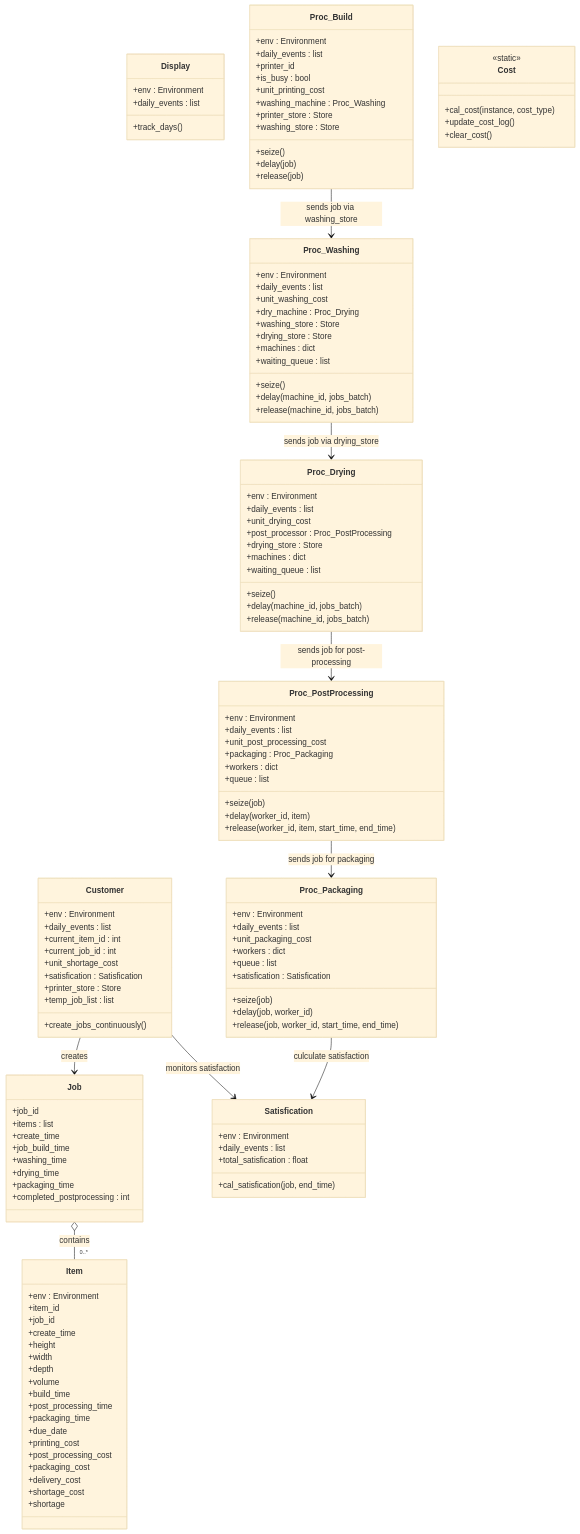
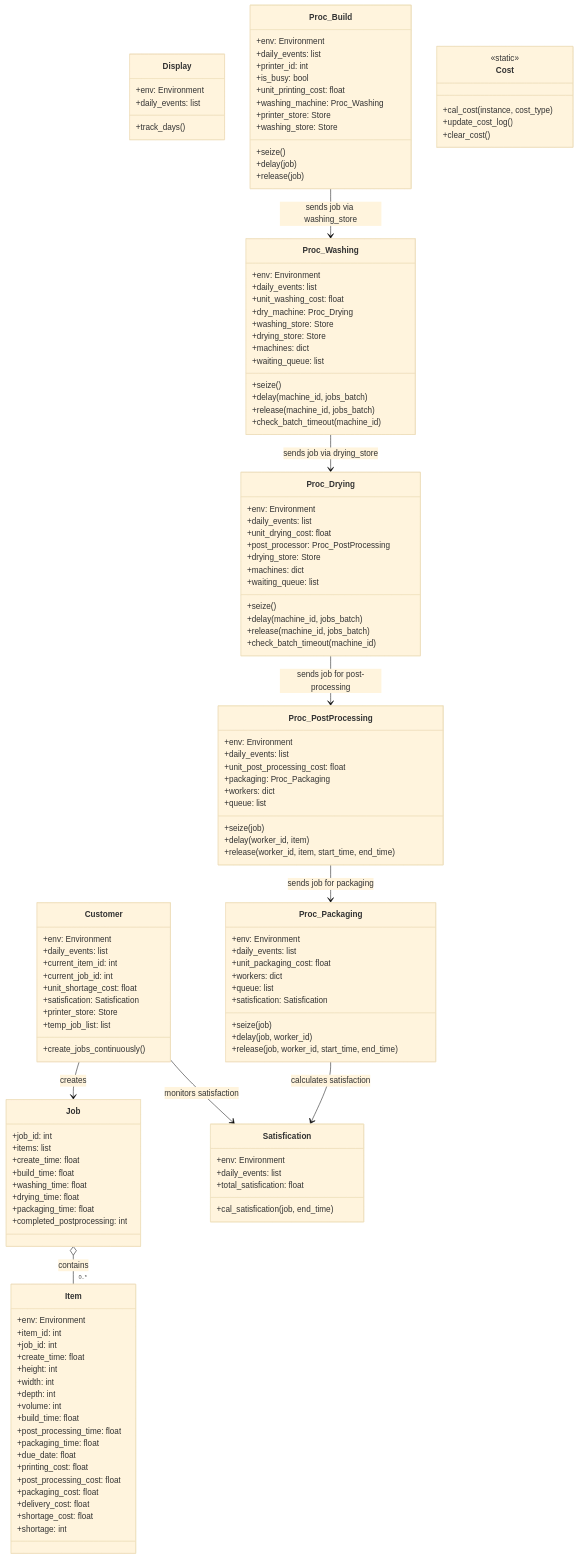
One commit to TaeWeonHan/3D_printing_farm_Invisalign_Aligners changed the diagram in class_diagram.md. Above: the diagram before and after it, drawn with Mermaid (base theme). The commit also changed 7 other files, not shown here.

````diff
--- a/class_diagram.md
+++ b/class_diagram.md
@@ -1,118 +1,120 @@
 ```mermaid
 classDiagram
     class Display {
-        +env : Environment
-        +daily_events : list
+        +env: Environment
+        +daily_events: list
         +track_days()
     }
 
     class Job {
-        +job_id
-        +items : list
-        +create_time
-        +job_build_time
-        +washing_time
-        +drying_time
-        +packaging_time
-        +completed_postprocessing : int
+        +job_id: int
+        +items: list
+        +create_time: float
+        +build_time: float
+        +washing_time: float
+        +drying_time: float
+        +packaging_time: float
+        +completed_postprocessing: int
     }
 
     class Customer {
-        +env : Environment
-        +daily_events : list
-        +current_item_id : int
-        +current_job_id : int
-        +unit_shortage_cost
-        +satisfication : Satisfication
-        +printer_store : Store
-        +temp_job_list : list
+        +env: Environment
+        +daily_events: list
+        +current_item_id: int
+        +current_job_id: int
+        +unit_shortage_cost: float
+        +satisfication: Satisfication
+        +printer_store: Store
+        +temp_job_list: list
         +create_jobs_continuously()
     }
 
     class Proc_Build {
-        +env : Environment
-        +daily_events : list
-        +printer_id
-        +is_busy : bool
-        +unit_printing_cost
-        +washing_machine : Proc_Washing
-        +printer_store : Store
-        +washing_store : Store
+        +env: Environment
+        +daily_events: list
+        +printer_id: int
+        +is_busy: bool
+        +unit_printing_cost: float
+        +washing_machine: Proc_Washing
+        +printer_store: Store
+        +washing_store: Store
         +seize()
         +delay(job)
         +release(job)
     }
 
     class Proc_Washing {
-        +env : Environment
-        +daily_events : list
-        +unit_washing_cost
-        +dry_machine : Proc_Drying
-        +washing_store : Store
-        +drying_store : Store
-        +machines : dict
-        +waiting_queue : list
+        +env: Environment
+        +daily_events: list
+        +unit_washing_cost: float
+        +dry_machine: Proc_Drying
+        +washing_store: Store
+        +drying_store: Store
+        +machines: dict
+        +waiting_queue: list
         +seize()
         +delay(machine_id, jobs_batch)
         +release(machine_id, jobs_batch)
+        +check_batch_timeout(machine_id)
     }
 
     class Proc_Drying {
-        +env : Environment
-        +daily_events : list
-        +unit_drying_cost
-        +post_processor : Proc_PostProcessing
-        +drying_store : Store
-        +machines : dict
-        +waiting_queue : list
+        +env: Environment
+        +daily_events: list
+        +unit_drying_cost: float
+        +post_processor: Proc_PostProcessing
+        +drying_store: Store
+        +machines: dict
+        +waiting_queue: list
         +seize()
         +delay(machine_id, jobs_batch)
         +release(machine_id, jobs_batch)
+        +check_batch_timeout(machine_id)
     }
 
     class Proc_PostProcessing {
-        +env : Environment
-        +daily_events : list
-        +unit_post_processing_cost
-        +packaging : Proc_Packaging
-        +workers : dict
-        +queue : list
+        +env: Environment
+        +daily_events: list
+        +unit_post_processing_cost: float
+        +packaging: Proc_Packaging
+        +workers: dict
+        +queue: list
         +seize(job)
         +delay(worker_id, item)
         +release(worker_id, item, start_time, end_time)
     }
 
     class Proc_Packaging {
-        +env : Environment
-        +daily_events : list
-        +unit_packaging_cost
-        +workers : dict
-        +queue : list
-        +satisfication : Satisfication
+        +env: Environment
+        +daily_events: list
+        +unit_packaging_cost: float
+        +workers: dict
+        +queue: list
+        +satisfication: Satisfication
         +seize(job)
         +delay(job, worker_id)
         +release(job, worker_id, start_time, end_time)
     }
 
     class Item {
-        +env : Environment
-        +item_id
-        +job_id
-        +create_time
-        +height
-        +width
-        +depth
-        +volume
-        +build_time
-        +post_processing_time
-        +packaging_time
-        +due_date
-        +printing_cost
-        +post_processing_cost
-        +packaging_cost
-        +delivery_cost
-        +shortage_cost
-        +shortage
+        +env: Environment
+        +item_id: int
+        +job_id: int
+        +create_time: float
+        +height: int
+        +width: int
+        +depth: int
+        +volume: int
+        +build_time: float
+        +post_processing_time: float
+        +packaging_time: float
+        +due_date: float
+        +printing_cost: float
+        +post_processing_cost: float
+        +packaging_cost: float
+        +delivery_cost: float
+        +shortage_cost: float
+        +shortage: int
     }
 
     class Cost {
@@ -123,9 +125,9 @@
     }
 
     class Satisfication {
-        +env : Environment
-        +daily_events : list
-        +total_satisfication : float
+        +env: Environment
+        +daily_events: list
+        +total_satisfication: float
         +cal_satisfication(job, end_time)
     }
 
@@ -135,6 +137,6 @@
     Proc_Washing --> Proc_Drying : sends job via drying_store
     Proc_Drying --> Proc_PostProcessing : sends job for post-processing
     Proc_PostProcessing --> Proc_Packaging : sends job for packaging
-    Proc_Packaging --> Satisfication : culculate satisfaction
+    Proc_Packaging --> Satisfication : calculates satisfaction
     Customer --> Satisfication : monitors satisfaction
 ```
````
